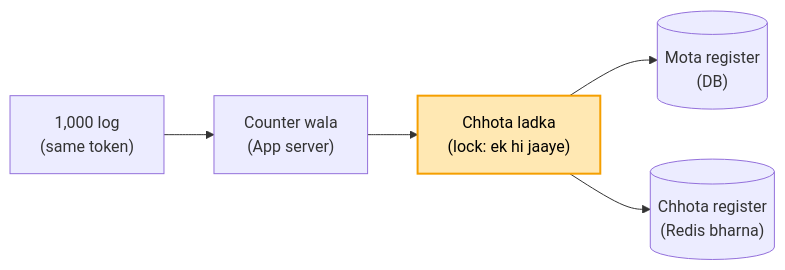
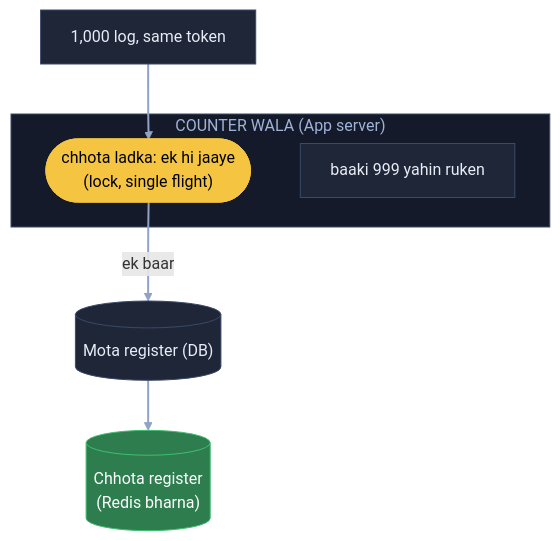
The fourth of 13 diagrams in 04_HLD/SYSTEM_DESIGNS/01_url_shortener/01_url_shortener.md (ArpanMaheshwari144/Prep), drawn with Mermaid before and after one commit. The commit also changed other lines of this file, not shown here.

Commit message:
URL shortener: 13 diagram YouTube (reel) wale card andaaz me

````diff
--- a/04_HLD/SYSTEM_DESIGNS/01_url_shortener/01_url_shortener.md
+++ b/04_HLD/SYSTEM_DESIGNS/01_url_shortener/01_url_shortener.md
@@ -94,8 +125,19 @@
 ```mermaid
-flowchart LR
-    L["1,000 log<br/>(same token)"] --> C["Counter wala<br/>(App server)"]
-    C --> K["Chhota ladka<br/>(lock: ek hi jaaye)"]
-    K --> D[("Mota register<br/>(DB)")]
-    K --> R[("Chhota register<br/>(Redis bharna)")]
-    style K fill:#ffe8b3,stroke:#f59f00,stroke-width:2px,color:#000
+flowchart TB
+    L["1,000 log, same token"]:::card
+    subgraph C["COUNTER WALA (App server)"]
+        K(["chhota ladka: ek hi jaaye<br/>(lock, single flight)"]):::pill
+        W["baaki 999 yahin ruken"]:::card
+    end
+    D[("Mota register (DB)")]:::card
+    R[("Chhota register<br/>(Redis bharna)")]:::good
+    L --> K
+    K -- "ek baar" --> D
+    D --> R
+    linkStyle default stroke:#8fa3c7,stroke-width:2px
+    classDef card fill:#1e2638,stroke:#3a4a6b,color:#e8ecf5
+    classDef pill fill:#f5c542,stroke:#f5c542,color:#000
+    classDef good fill:#2e7d4f,stroke:#3fbf6f,color:#fff
+    classDef bad fill:#5c1f24,stroke:#e05561,color:#fff
+    style C fill:#141a29,stroke:#3a4a6b,color:#9fb3d9
 ```
````
